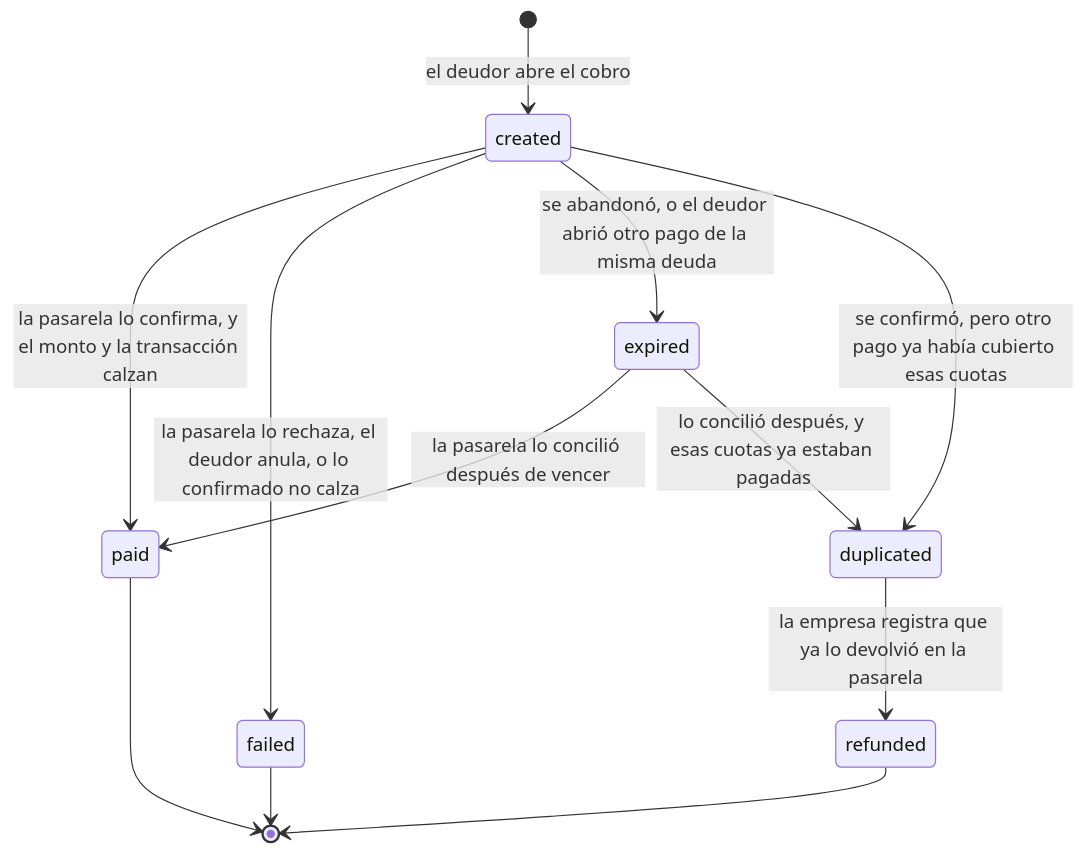
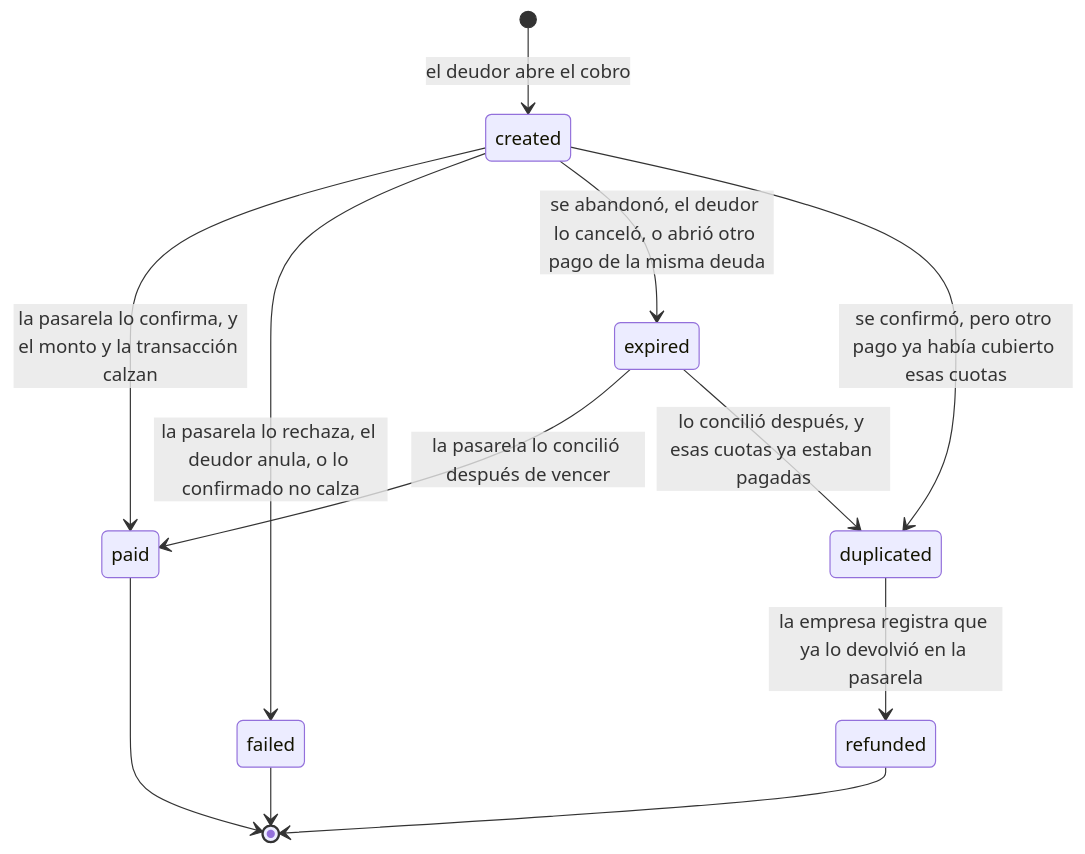
Before and after one commit to TechnicalBridge/DataBridge: the third of 8 diagrams in docs/diagramas/estados.md, drawn with Mermaid. The commit also changed other lines of this file and 10 other files, not shown here.

````diff
--- a/docs/diagramas/estados.md
+++ b/docs/diagramas/estados.md
@@ -96,14 +96,14 @@
 ```mermaid
 stateDiagram-v2
     [*] --> created: el deudor abre el cobro
     created --> paid: la pasarela lo confirma, y el monto y la transacción calzan
     created --> failed: la pasarela lo rechaza, el deudor anula, o lo confirmado no calza
-    created --> expired: se abandonó, o el deudor abrió otro pago de la misma deuda
+    created --> expired: se abandonó, el deudor lo canceló, o abrió otro pago de la misma deuda
     created --> duplicated: se confirmó, pero otro pago ya había cubierto esas cuotas
     expired --> paid: la pasarela lo concilió después de vencer
     expired --> duplicated: lo concilió después, y esas cuotas ya estaban pagadas
     paid --> [*]
     failed --> [*]
     duplicated --> refunded: la empresa registra que ya lo devolvió en la pasarela
     refunded --> [*]
 ```
````
